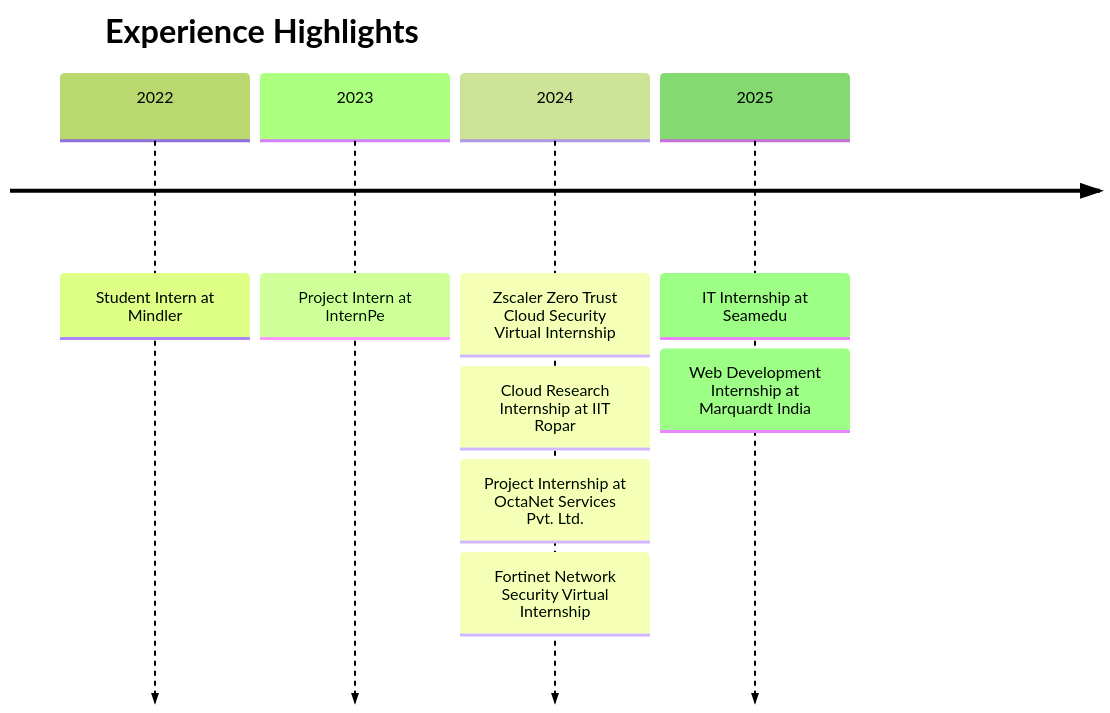
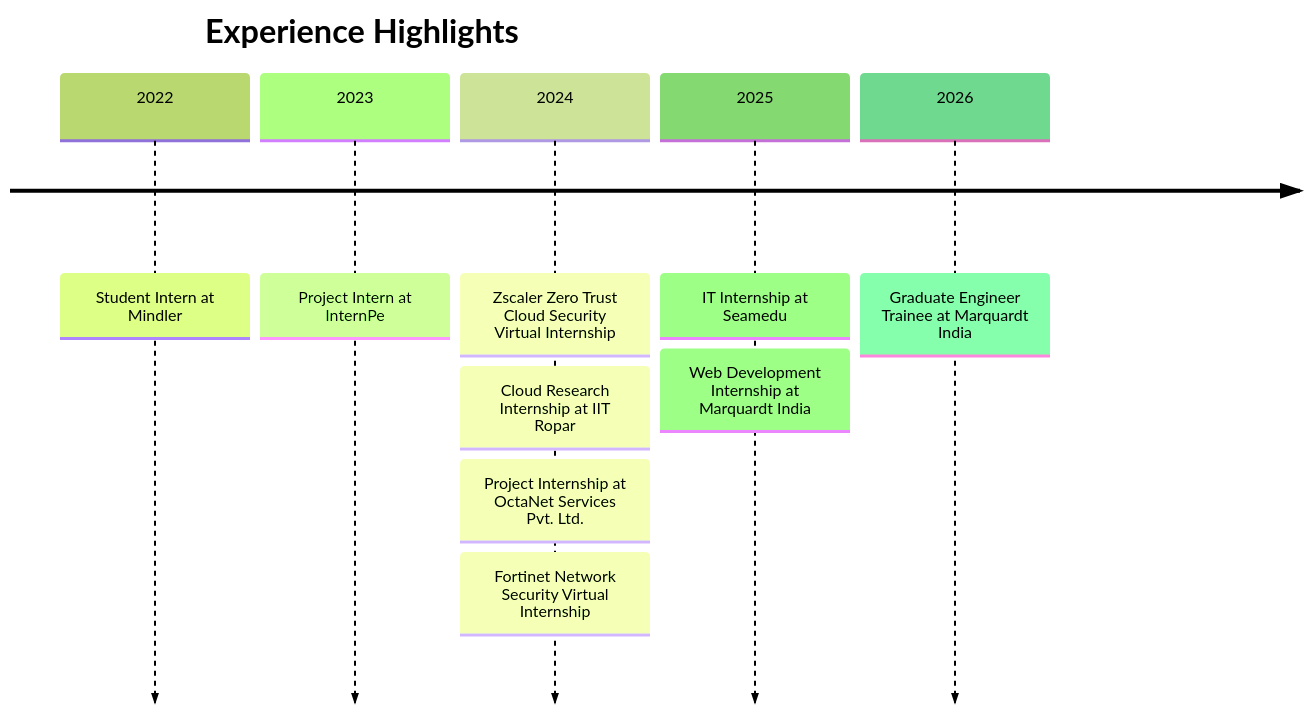
The first of 6 diagrams in ABOUT_ME.md (PriyanshuKSharma/portfolio_priyanshuksharma), drawn with Mermaid (forest theme) before and after one commit. The commit also changed other lines of this file, not shown here.

Commit message:
feat: update profile to reflect Graduate Engineer Trainee position at Marquardt India

````diff
--- a/ABOUT_ME.md
+++ b/ABOUT_ME.md
@@ -185,12 +185,13 @@
 ```mermaid
 timeline
     title Experience Highlights
     2022 : Student Intern at Mindler
     2023 : Project Intern at InternPe
     2024 : Zscaler Zero Trust Cloud Security Virtual Internship
          : Cloud Research Internship at IIT Ropar
          : Project Internship at OctaNet Services Pvt. Ltd.
          : Fortinet Network Security Virtual Internship
     2025 : IT Internship at Seamedu
          : Web Development Internship at Marquardt India
+    2026 : Graduate Engineer Trainee at Marquardt India
 ```
````
